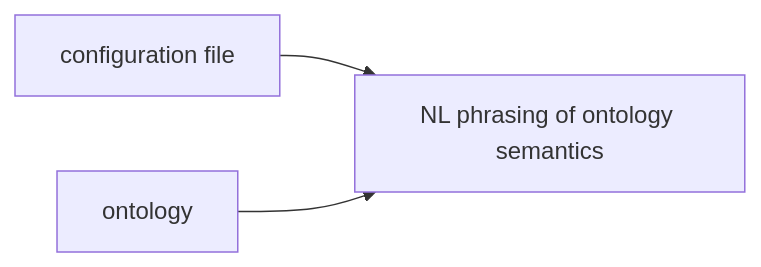
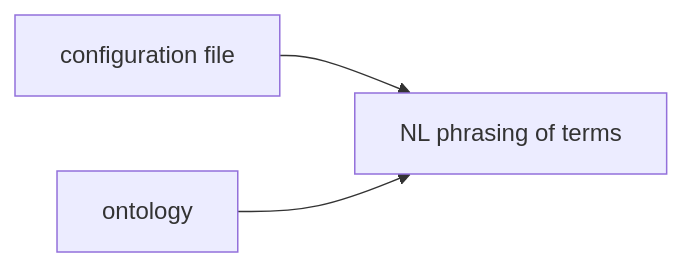
One commit to chimezie/OWL_DSL changed the diagram in README.md. Above: the diagram before and after it, drawn with Mermaid.

````diff
--- a/README.md
+++ b/README.md
@@ -40,8 +40,8 @@
 ```mermaid
 flowchart LR
     A["configuration file"]
     B["ontology"]
-    C["NL phrasing of ontology semantics"]
+    C["NL phrasing of terms"]
     A --> C
     B --> C
 ```
````
